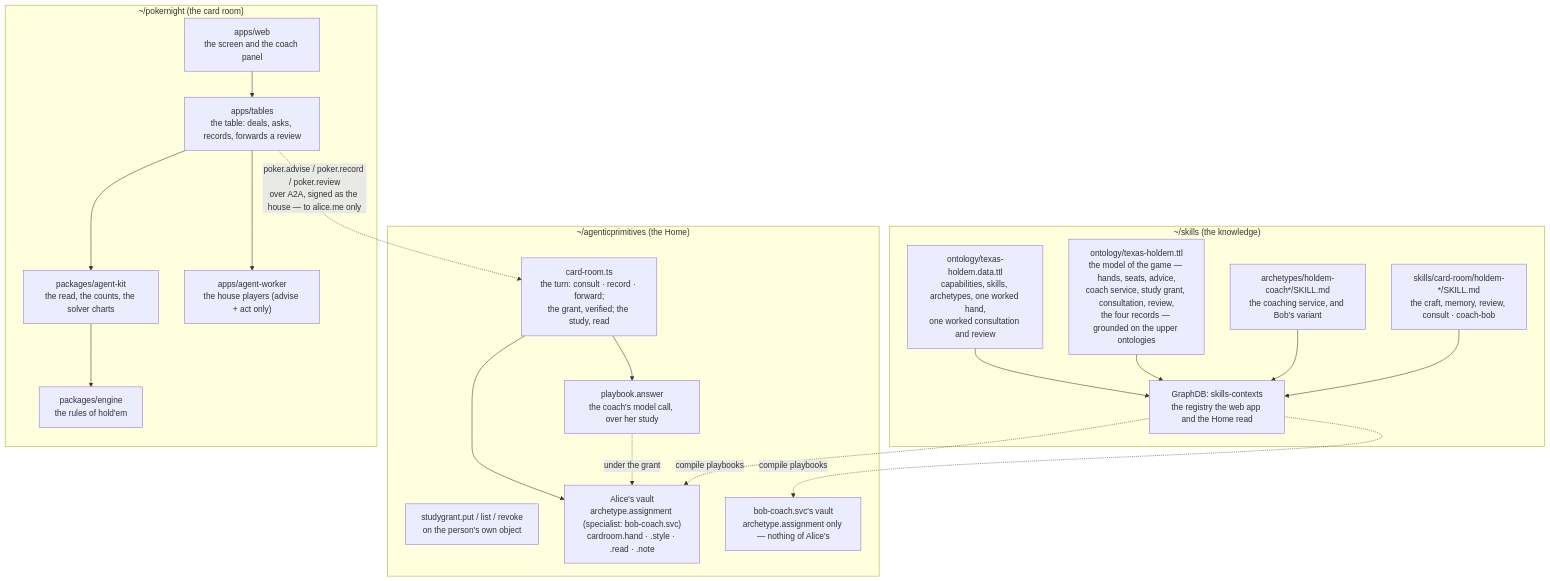
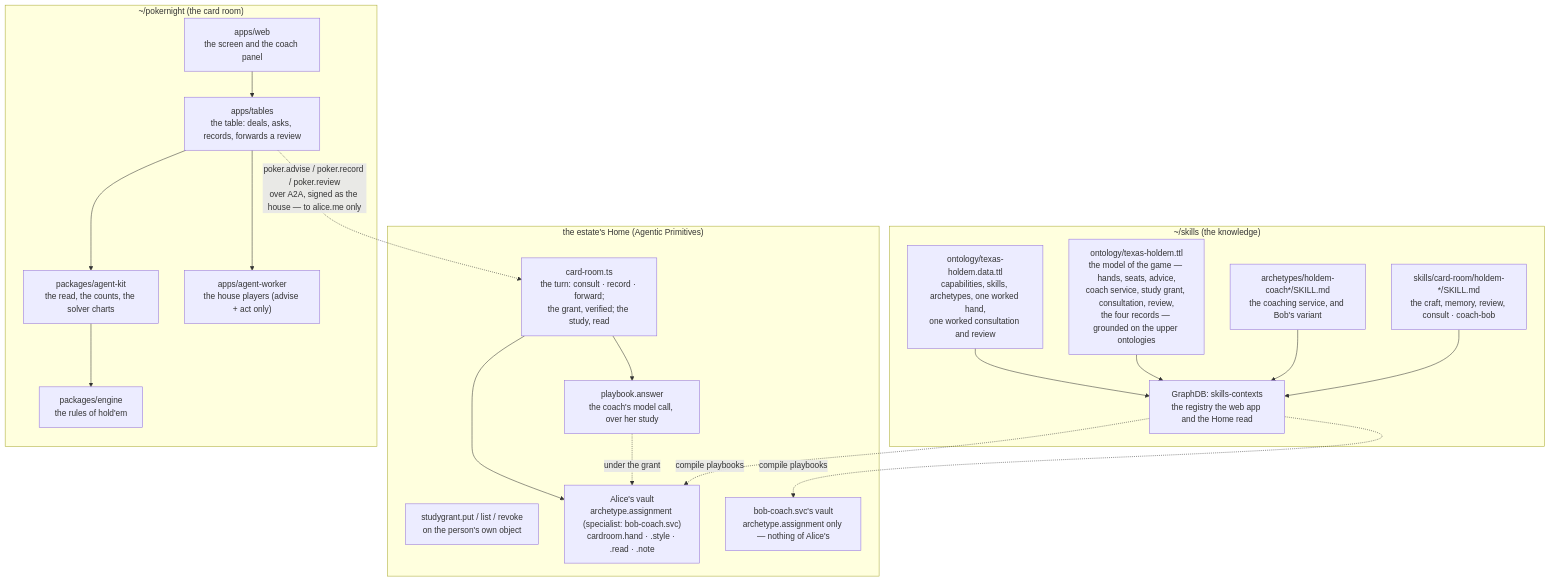
The fifth of 5 diagrams in docs/ARCHITECTURE-ADVISER.md (agentictrustlabs/pokernight), drawn with Mermaid before and after one commit. The commit also changed other lines of this file and 23 other files, not shown here.

````diff
--- a/docs/ARCHITECTURE-ADVISER.md
+++ b/docs/ARCHITECTURE-ADVISER.md
@@ -199,37 +199,37 @@
 ```mermaid
 flowchart TB
     subgraph SK["~/skills  (the knowledge)"]
         S1["skills/card-room/holdem-*/SKILL.md<br/>the craft, memory, review, consult · coach-bob"]
         S2["archetypes/holdem-coach*/SKILL.md<br/>the coaching service, and Bob's variant"]
         S3["ontology/texas-holdem.ttl<br/>the model of the game — hands, seats, advice,<br/>coach service, study grant, consultation, review,<br/>the four records — grounded on the upper ontologies"]
         S4["ontology/texas-holdem.data.ttl<br/>capabilities, skills, archetypes, one worked hand,<br/>one worked consultation and review"]
         S5["GraphDB: skills-contexts<br/>the registry the web app and the Home read"]
         S1 --> S5
         S2 --> S5
         S3 --> S5
         S4 --> S5
     end
-    subgraph AP["~/agenticprimitives  (the Home)"]
+    subgraph AP["the estate's Home (Agentic Primitives)"]
         A0["card-room.ts<br/>the turn: consult · record · forward;<br/>the grant, verified; the study, read"]
         A1["playbook.answer<br/>the coach's model call, over her study"]
         A2["studygrant.put / list / revoke<br/>on the person's own object"]
         A3["Alice's vault<br/>archetype.assignment (specialist: bob-coach.svc)<br/>cardroom.hand · .style · .read · .note"]
         A4["bob-coach.svc's vault<br/>archetype.assignment only — nothing of Alice's"]
     end
     subgraph PN["~/pokernight  (the card room)"]
         P1["packages/engine<br/>the rules of hold'em"]
         P2["packages/agent-kit<br/>the read, the counts, the solver charts"]
         P3["apps/tables<br/>the table: deals, asks, records, forwards a review"]
         P4["apps/web<br/>the screen and the coach panel"]
         P5["apps/agent-worker<br/>the house players (advise + act only)"]
     end
     S5 -. "compile playbooks" .-> A3
     S5 -. "compile playbooks" .-> A4
     P3 -. "poker.advise / poker.record / poker.review<br/>over A2A, signed as the house — to alice.me only" .-> A0
     A0 --> A1
     A1 -. "under the grant" .-> A3
     A0 --> A3
     P4 --> P3
     P3 --> P2 --> P1
     P3 --> P5
 ```
````
